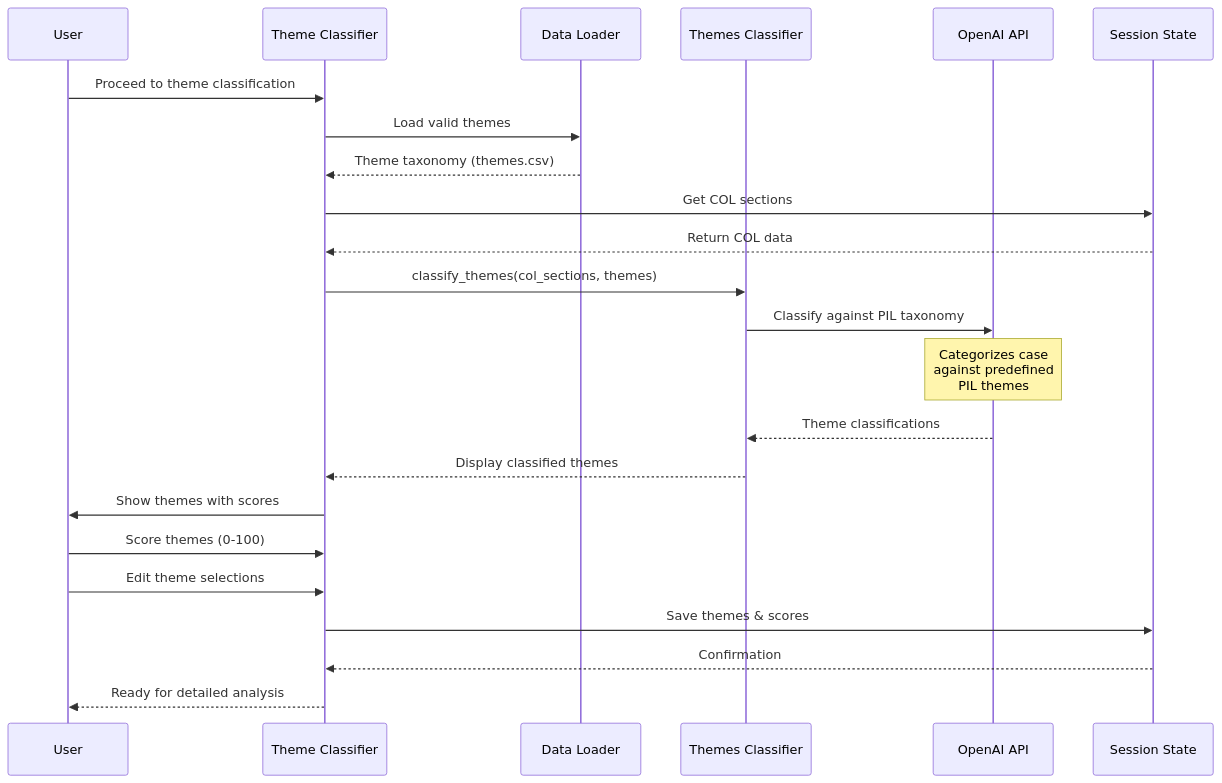
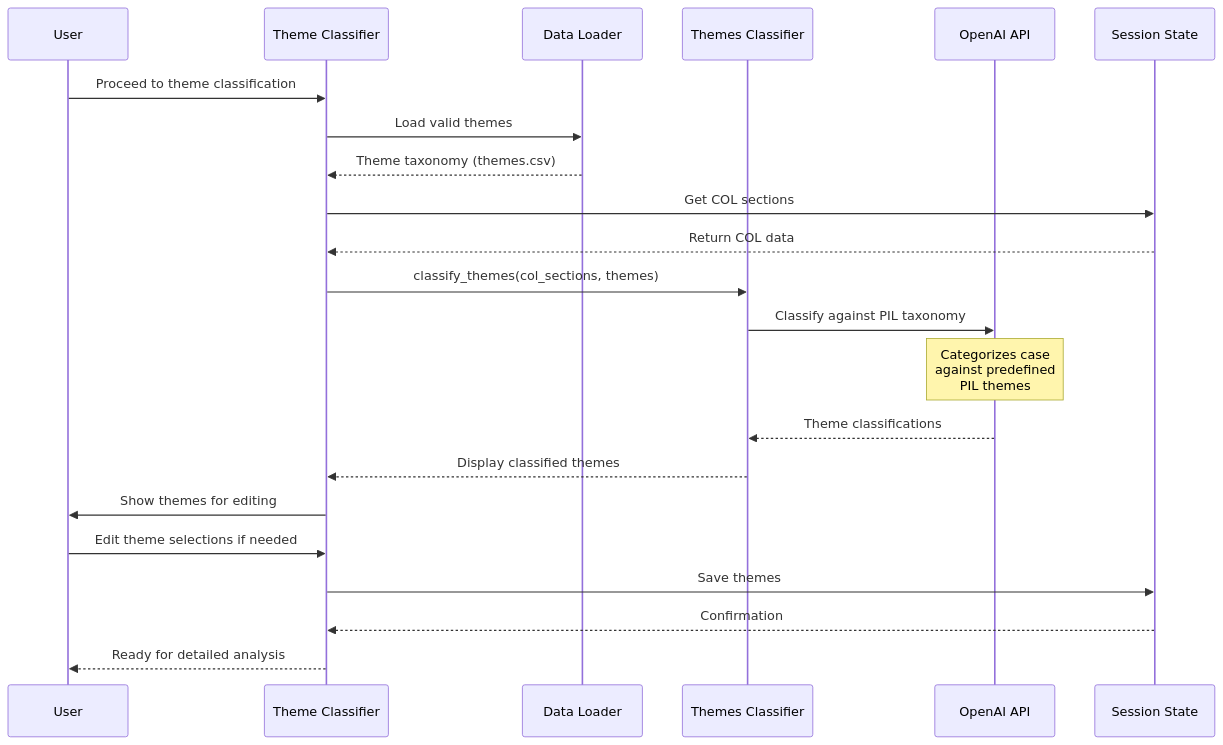
One commit to Choice-of-Law-Dataverse/cold-case-analysis changed the sixth of 8 diagrams in docs/WORKFLOWS.md. Above: the diagram before and after it, drawn with Mermaid. The commit also changed other lines of this file and 8 other files, not shown here.

````diff
--- a/docs/WORKFLOWS.md
+++ b/docs/WORKFLOWS.md
@@ -310,30 +306,29 @@
 ```mermaid
 sequenceDiagram
     participant User
     participant UI as Theme Classifier
     participant Data as Data Loader
     participant Tool as Themes Classifier
     participant LLM as OpenAI API
     participant State as Session State
 
     User->>UI: Proceed to theme classification
     UI->>Data: Load valid themes
     Data-->>UI: Theme taxonomy (themes.csv)
     
     UI->>State: Get COL sections
     State-->>UI: Return COL data
     
     UI->>Tool: classify_themes(col_sections, themes)
     Tool->>LLM: Classify against PIL taxonomy
     Note over LLM: Categorizes case<br/>against predefined<br/>PIL themes
     LLM-->>Tool: Theme classifications
     
     Tool-->>UI: Display classified themes
-    UI->>User: Show themes with scores
-    User->>UI: Score themes (0-100)
-    User->>UI: Edit theme selections
-    
-    UI->>State: Save themes & scores
+    UI->>User: Show themes for editing
+    User->>UI: Edit theme selections if needed
+
+    UI->>State: Save themes
     State-->>UI: Confirmation
     UI-->>User: Ready for detailed analysis
 ```
````
